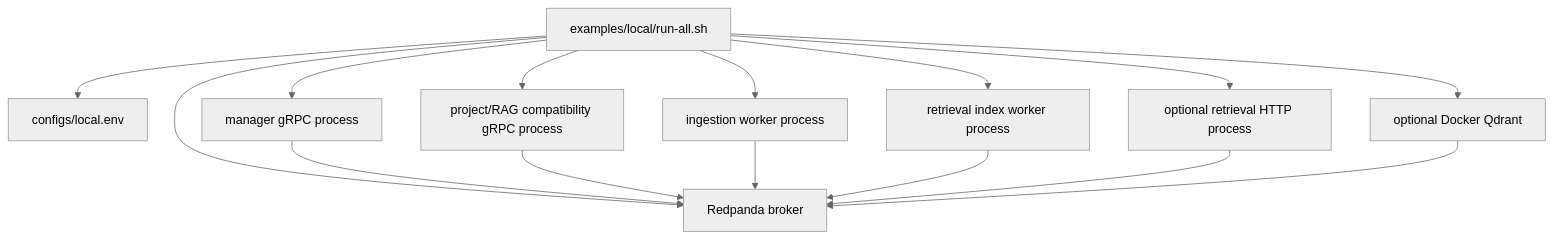
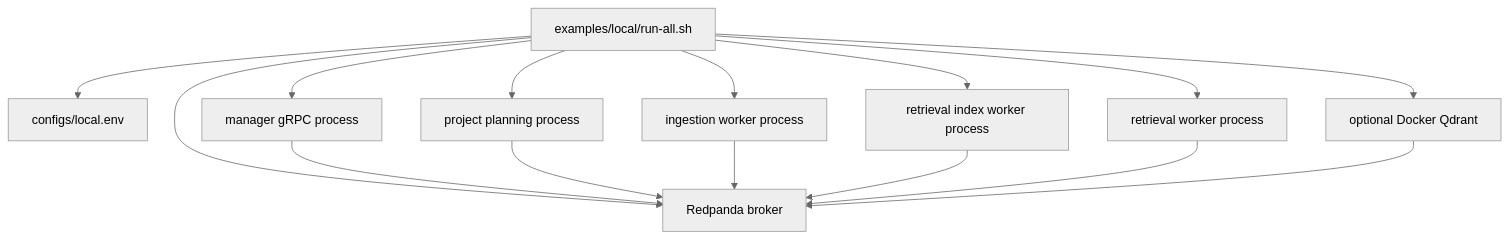
The fourth of 4 diagrams in README.md (bruuuuuceliu/qdrant_rag_server), drawn with Mermaid (neutral theme) before and after one commit. The commit also changed other lines of this file and 324 other files, not shown here.

````diff
--- a/README.md
+++ b/README.md
@@ -147,18 +156,18 @@
 ```mermaid
 flowchart TB
     Run[examples/local/run-all.sh] --> Env[configs/local.env]
     Run --> ManagerProc[manager gRPC process]
-    Run --> ProjectProc[project/RAG compatibility gRPC process]
+    Run --> ProjectProc[project planning process]
     Run --> IngestProc[ingestion worker process]
     Run --> IndexProc[retrieval index worker process]
-    Run --> HttpProc[optional retrieval HTTP process]
+    Run --> RetrievalProc[retrieval worker process]
     Run --> RedpandaProc[Redpanda broker]
     Run --> QdrantProc[optional Docker Qdrant]
 
     ManagerProc --> RedpandaProc
     ProjectProc --> RedpandaProc
     IngestProc --> RedpandaProc
     IndexProc --> RedpandaProc
-    HttpProc --> RedpandaProc
+    RetrievalProc --> RedpandaProc
     QdrantProc --> RedpandaProc
 ```
````
